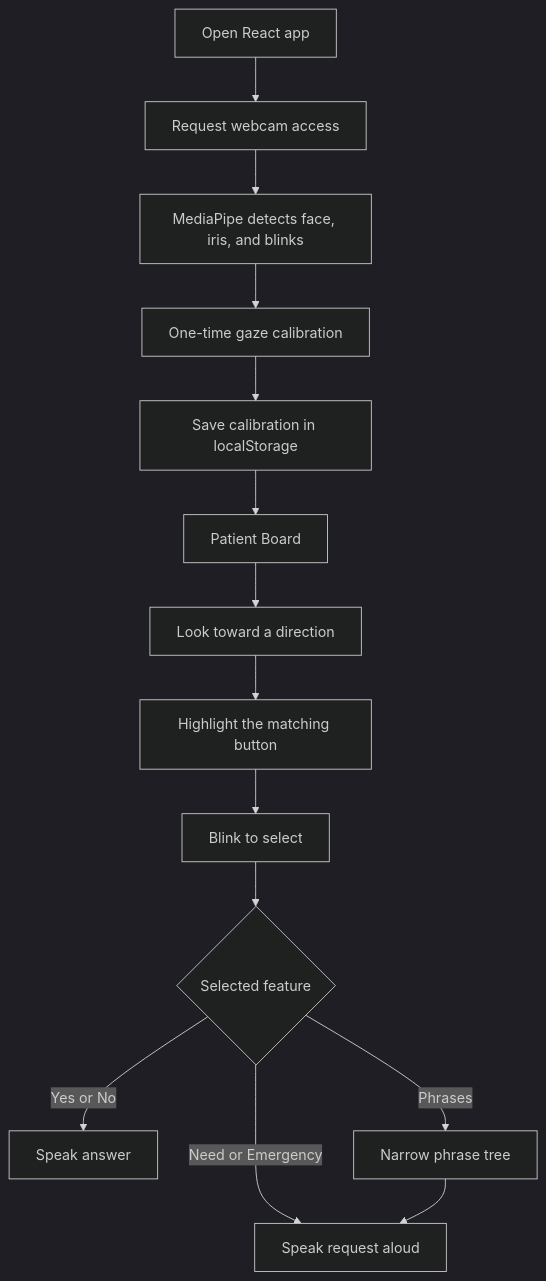
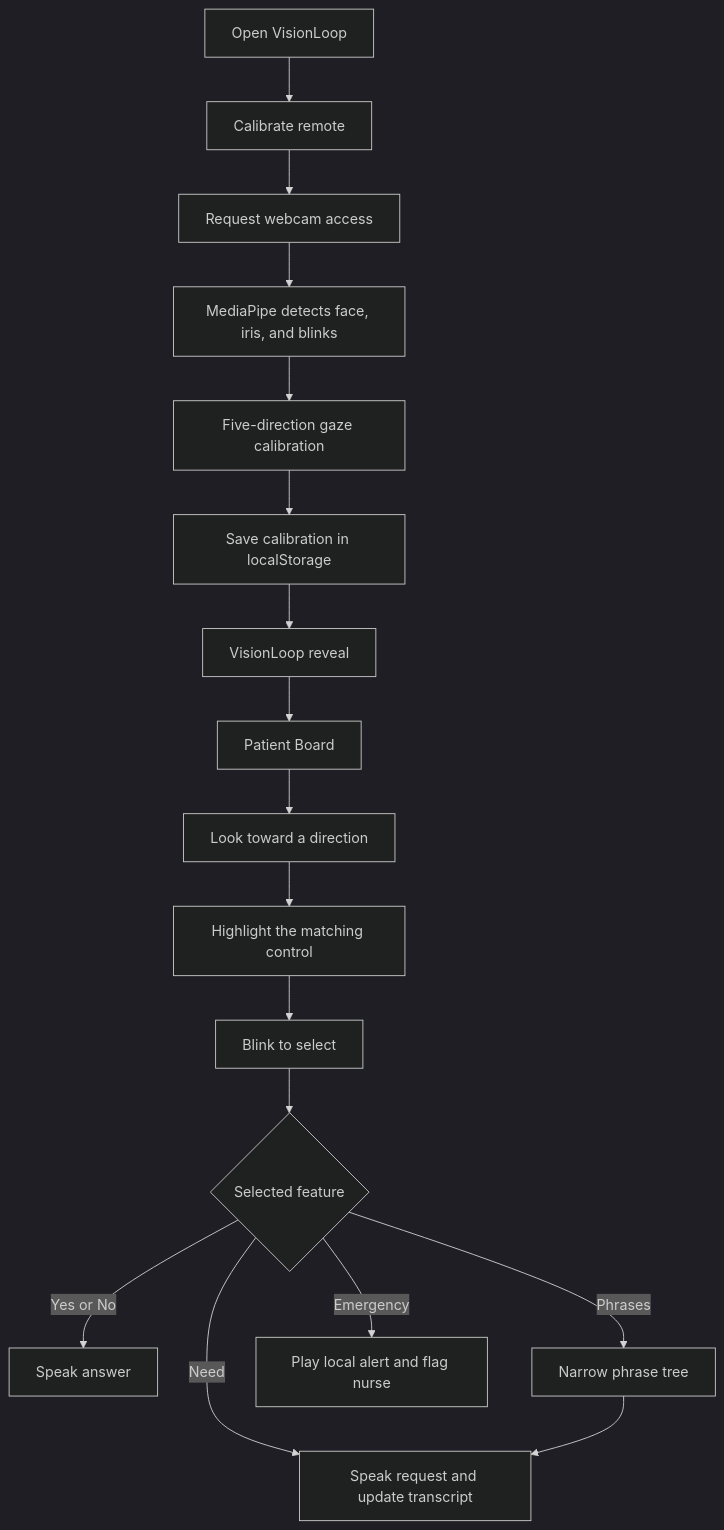
One commit to Team-Barbie/vinhack-26 changed the diagram in README.md. Above: the diagram before and after it, drawn with Mermaid (dark theme). The commit also changed other lines of this file, not shown here.

Commit message:
docs: update VisionLoop README

````diff
--- a/README.md
+++ b/README.md
@@ -19,18 +21,21 @@
 ```mermaid
 flowchart TD
-    A[Open React app] --> B[Request webcam access]
-    B --> C[MediaPipe detects face, iris, and blinks]
-    C --> D[One-time gaze calibration]
-    D --> E[Save calibration in localStorage]
-    E --> F[Patient Board]
+    A[Open VisionLoop] --> B[Calibrate remote]
+    B --> C[Request webcam access]
+    C --> D[MediaPipe detects face, iris, and blinks]
+    D --> E[Five-direction gaze calibration]
+    E --> F[Save calibration in localStorage]
+    F --> G[VisionLoop reveal]
+    G --> H[Patient Board]
 
-    F --> G[Look toward a direction]
-    G --> H[Highlight the matching button]
-    H --> I[Blink to select]
-    I --> J{Selected feature}
+    H --> I[Look toward a direction]
+    I --> J[Highlight the matching control]
+    J --> K[Blink to select]
+    K --> L{Selected feature}
 
-    J -->|Need or Emergency| K[Speak request aloud]
-    J -->|Yes or No| L[Speak answer]
-    J -->|Phrases| M[Narrow phrase tree]
-    M --> K
+    L -->|Need| M[Speak request and update transcript]
+    L -->|Yes or No| N[Speak answer]
+    L -->|Phrases| O[Narrow phrase tree]
+    L -->|Emergency| P[Play local alert and flag nurse]
+    O --> M
 ```
````
